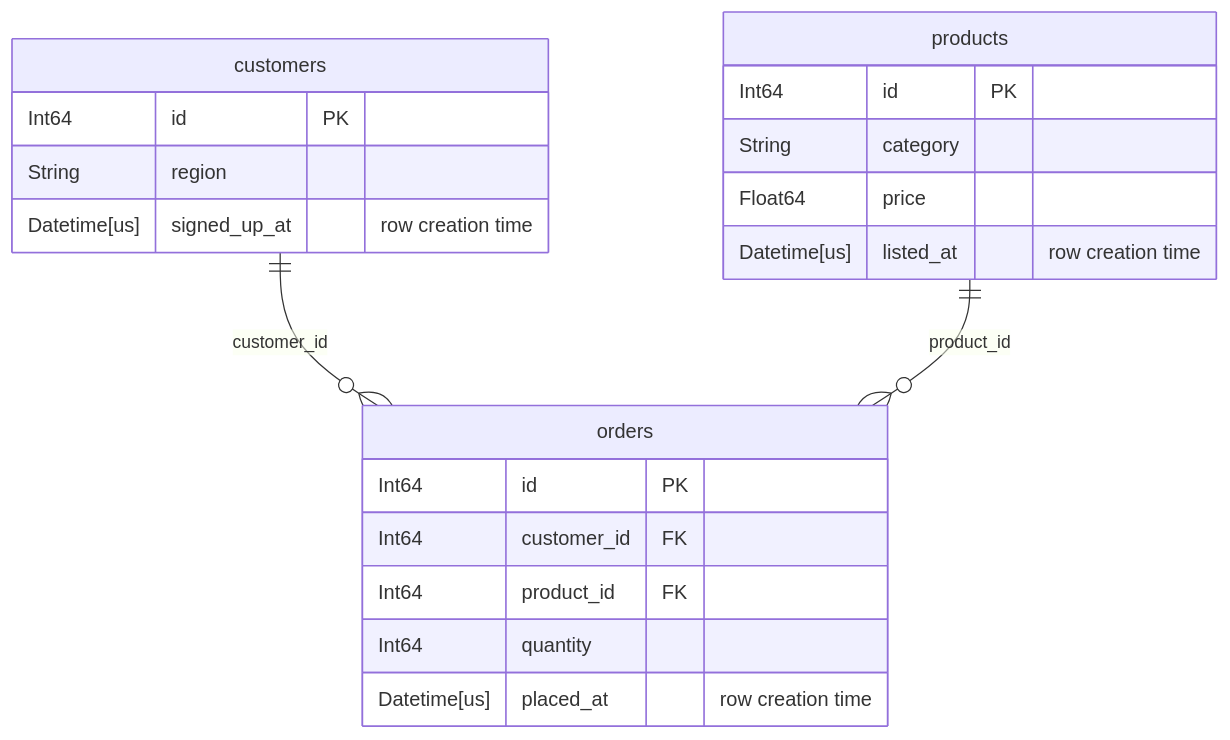
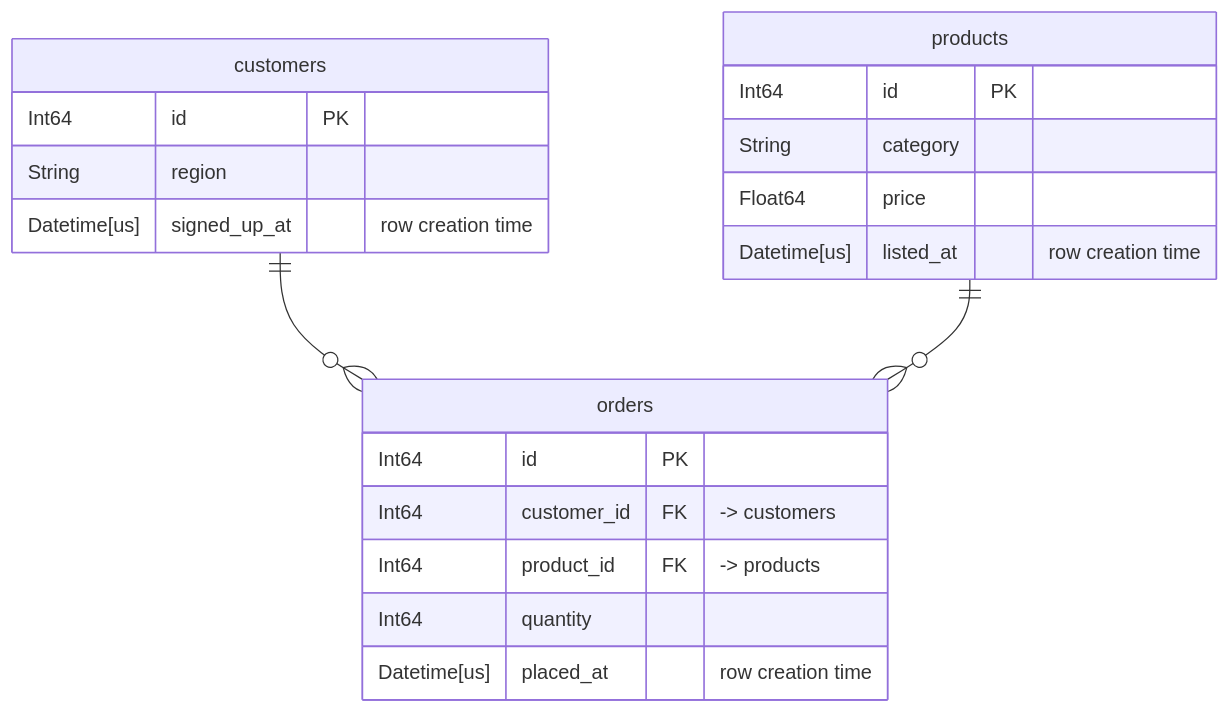
The diagram in README.md (Excidion/tusk), drawn with Mermaid before and after one commit. The commit also changed 2 other files, not shown here.

Commit message:
better plots for complex db

````diff
--- a/README.md
+++ b/README.md
@@ -71,23 +71,23 @@
 ```mermaid
 erDiagram
   "customers" {
     Int64 id PK
     String region
     Datetime[us] signed_up_at "row creation time"
   }
   "products" {
     Int64 id PK
     String category
     Float64 price
     Datetime[us] listed_at "row creation time"
   }
   "orders" {
     Int64 id PK
-    Int64 customer_id FK
-    Int64 product_id FK
+    Int64 customer_id FK "-> customers"
+    Int64 product_id FK "-> products"
     Int64 quantity
     Datetime[us] placed_at "row creation time"
   }
-  "customers" 1 to 0+ "orders" : "customer_id"
-  "products" 1 to 0+ "orders" : "product_id"
+  "customers" 1 to 0+ "orders" : ""
+  "products" 1 to 0+ "orders" : ""
 ```
````
